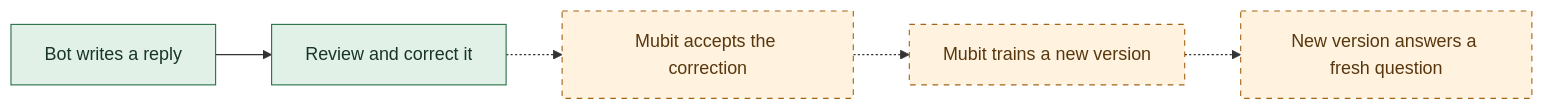
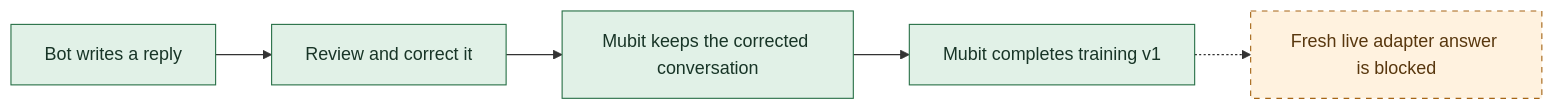
Before and after one commit to eliayousf/almost-human: the diagram in scripts/learning-proof/README.md, drawn with Mermaid. The commit also changed other lines of this file and 18 other files, not shown here.

````diff
--- a/scripts/learning-proof/README.md
+++ b/scripts/learning-proof/README.md
@@ -55,11 +55,11 @@
 ```mermaid
 flowchart LR
     A[Bot writes a reply] --> B[Review and correct it]
-    B -.-> C[Mubit accepts the correction]
-    C -.-> D[Mubit trains a new version]
-    D -.-> E[New version answers a fresh question]
+    B --> C[Mubit keeps the corrected conversation]
+    C --> D[Mubit completes training v1]
+    D -.-> E[Fresh live adapter answer is blocked]
     classDef prepared fill:#e1f1e7,stroke:#297148,color:#183527
     classDef pending fill:#fff2df,stroke:#a56516,stroke-dasharray:5 5,color:#58370e
-    class A,B prepared
-    class C,D,E pending
+    class A,B,C,D prepared
+    class E pending
 ```
````
